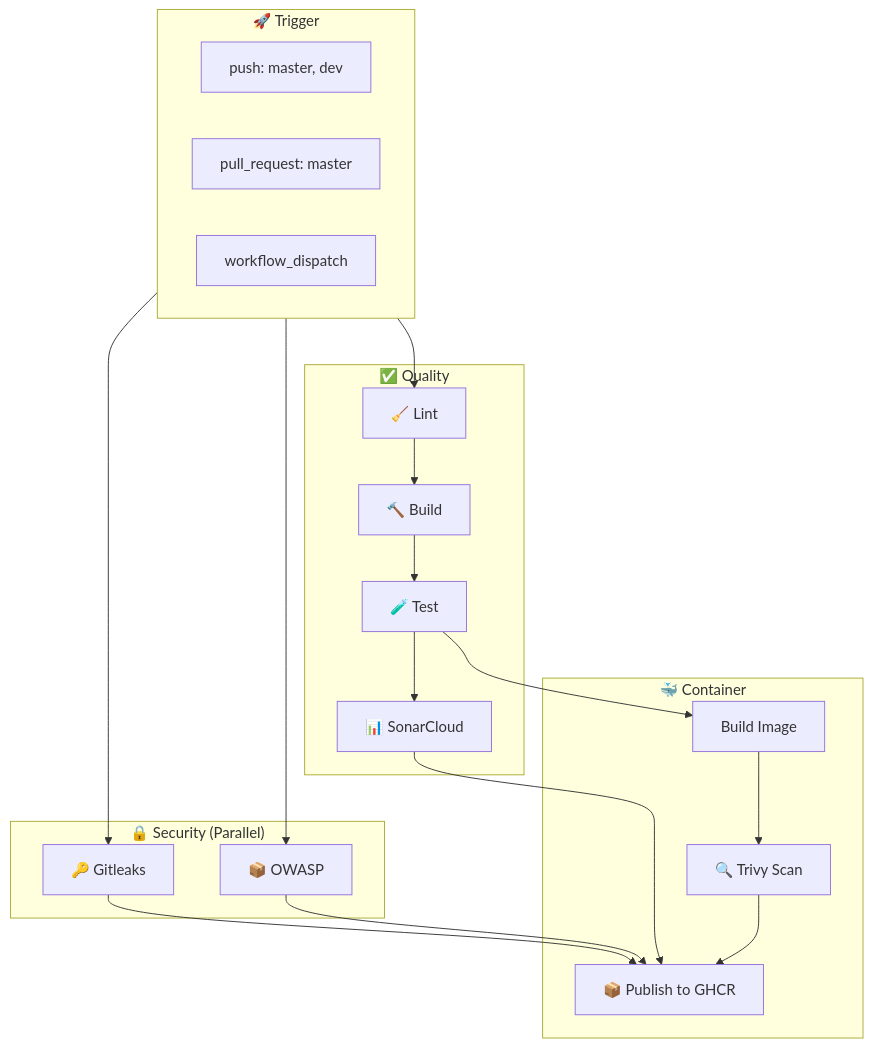
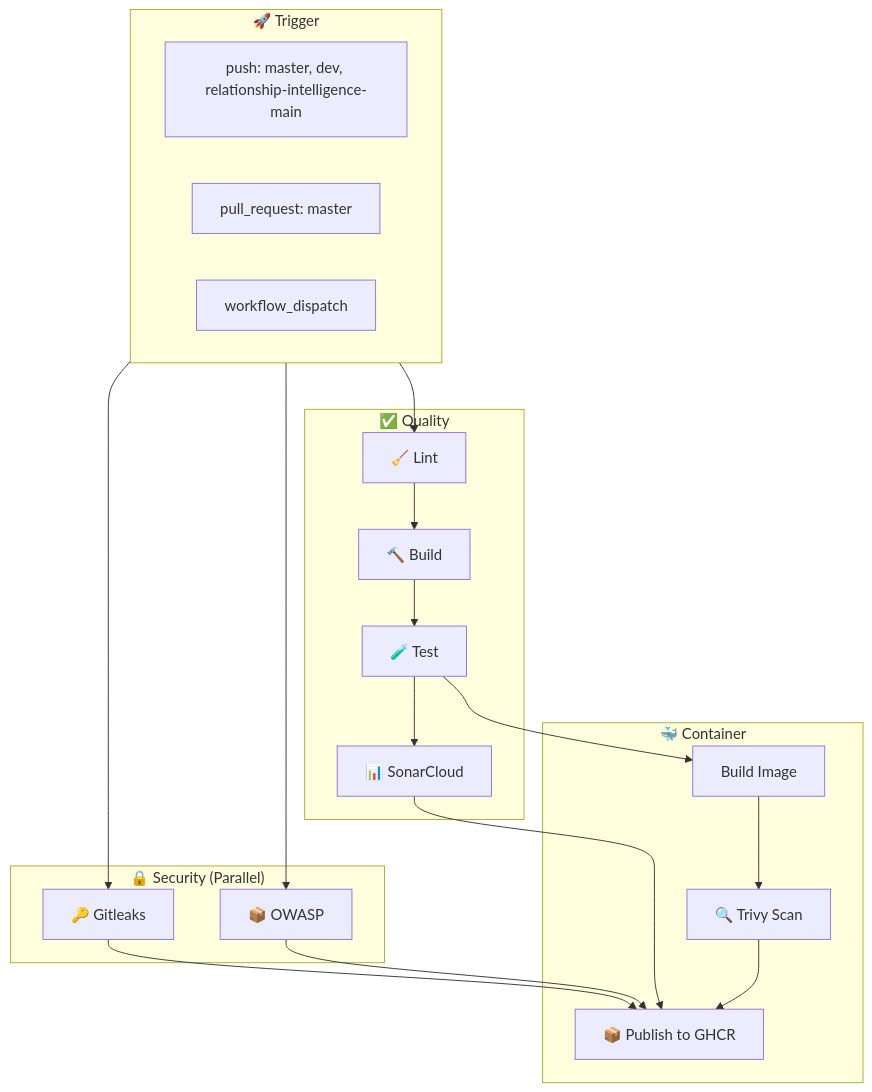
Before and after one commit to Ahmed-yasser86/RelationshipIntelligence: the second of 15 diagrams in README.md, drawn with Mermaid. The commit also changed other lines of this file and 13 other files, not shown here.

````diff
--- a/README.md
+++ b/README.md
@@ -80,37 +80,37 @@
 ```mermaid
 flowchart TB
     subgraph Trigger["🚀 Trigger"]
-        Push["push: master, dev"]
+        Push["push: master, dev, relationship-intelligence-main"]
         PR["pull_request: master"]
         Manual["workflow_dispatch"]
     end
 
     subgraph Security["🔒 Security (Parallel)"]
         Secret["🔑 Gitleaks"]
         Dep["📦 OWASP"]
     end
 
     subgraph Quality["✅ Quality"]
         Lint["🧹 Lint"]
         Build["🔨 Build"]
         Test["🧪 Test"]
         Sonar["📊 SonarCloud"]
     end
 
     subgraph Container["🐳 Container"]
         BuildImg["Build Image"]
         Trivy["🔍 Trivy Scan"]
         Publish["📦 Publish to GHCR"]
     end
 
     Trigger --> Lint --> Build --> Test
     Test --> Sonar
     Test --> BuildImg --> Trivy
     Trigger --> Secret
     Trigger --> Dep
     
     Secret --> Publish
     Dep --> Publish
     Sonar --> Publish
     Trivy --> Publish
 ```
````
